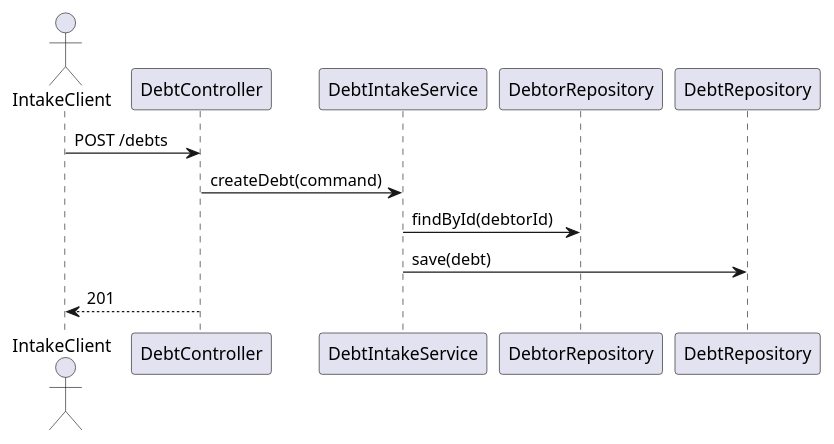
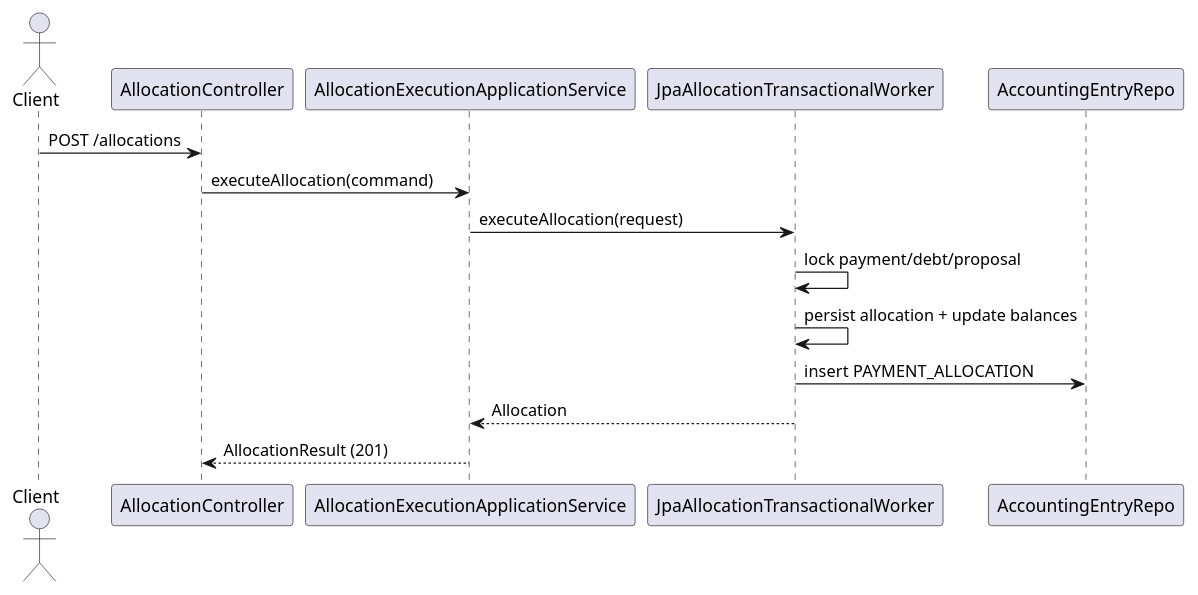
The third of 4 diagrams in .opencode/plans/extension-analysis.md (jfmauro/allocation-better), drawn with PlantUML before and after one commit. The commit also changed other lines of this file and 39 other files, not shown here.

````diff
--- a/.opencode/plans/extension-analysis.md
+++ b/.opencode/plans/extension-analysis.md
@@ -159,14 +188,18 @@
 ```plantuml
 @startuml
-actor IntakeClient
-participant DebtController
-participant DebtIntakeService
-participant DebtorRepository
-participant DebtRepository
-IntakeClient -> DebtController: POST /debts
-DebtController -> DebtIntakeService: createDebt(command)
-DebtIntakeService -> DebtorRepository: findById(debtorId)
-DebtIntakeService -> DebtRepository: save(debt)
-DebtController --> IntakeClient: 201
+actor Client
+participant "AllocationController" as C
+participant "AllocationExecutionApplicationService" as A
+participant "JpaAllocationTransactionalWorker" as W
+participant "AccountingEntryRepo" as R
+
+Client -> C: POST /allocations
+C -> A: executeAllocation(command)
+A -> W: executeAllocation(request)
+W -> W: lock payment/debt/proposal
+W -> W: persist allocation + update balances
+W -> R: insert PAYMENT_ALLOCATION
+W --> A: Allocation
+A --> C: AllocationResult (201)
 @enduml
 ```
````
